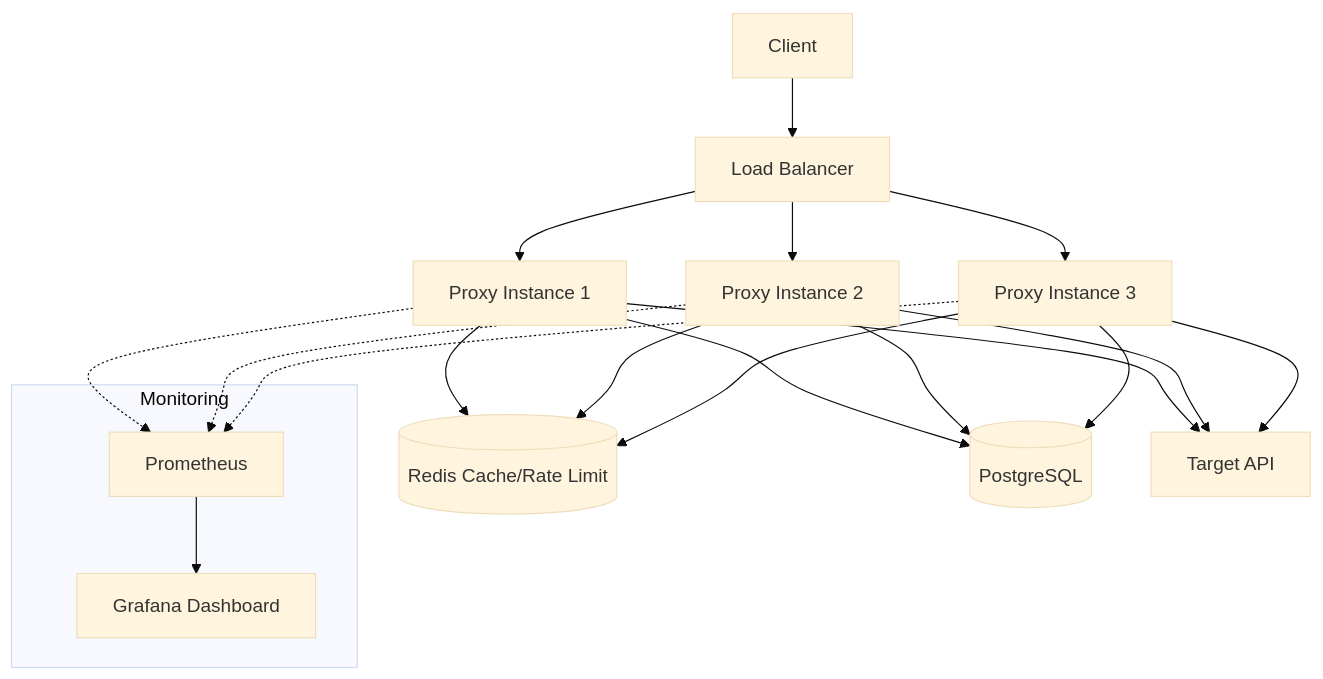
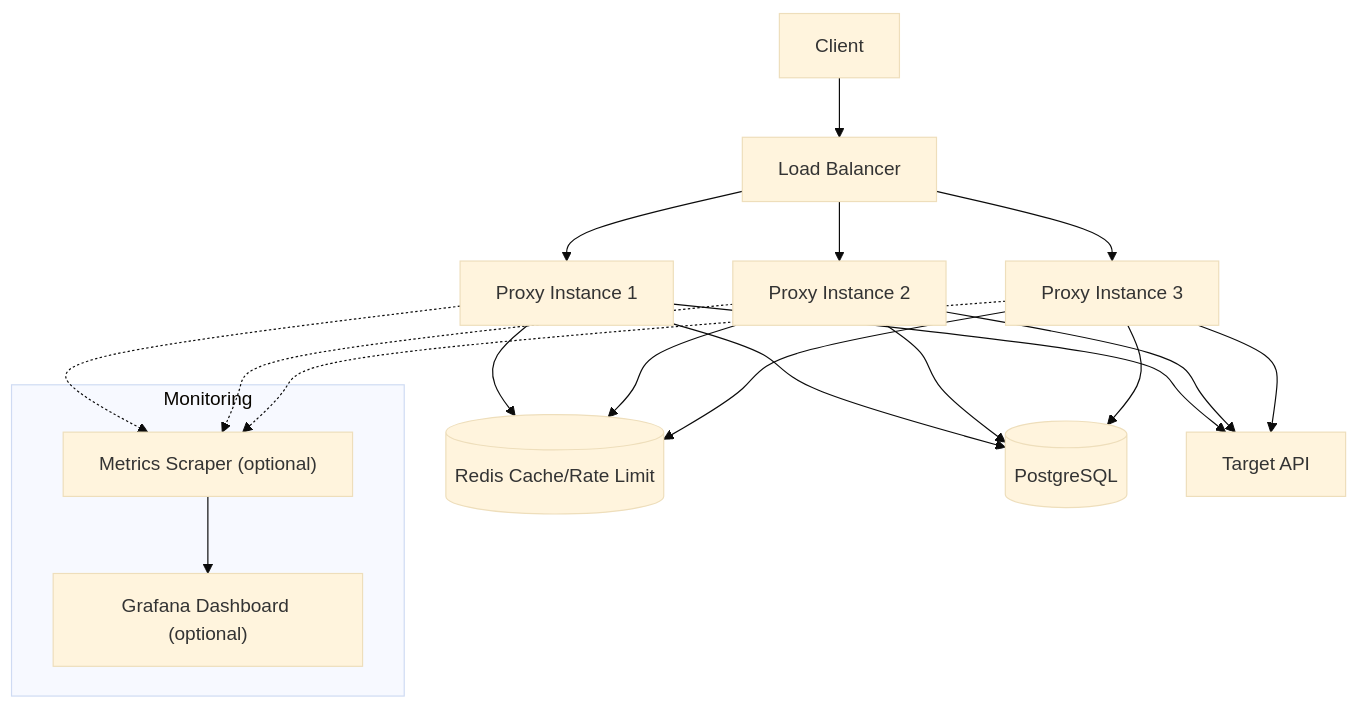
The ninth of 10 diagrams in docs/architecture.md (sofatutor/llm-proxy), drawn with Mermaid (base theme) before and after one commit. The commit also changed other lines of this file and 5 other files, not shown here.

Commit message:
[docs][config] Normalize metrics wording: provider-agnostic; Prometheus optional

````diff
--- a/docs/architecture.md
+++ b/docs/architecture.md
@@ -588,27 +588,27 @@
 ```mermaid
 flowchart TD
     Client["Client"] --> LoadBalancer["Load Balancer"]
     LoadBalancer --> Proxy1["Proxy Instance 1"]
     LoadBalancer --> Proxy2["Proxy Instance 2"]
     LoadBalancer --> Proxy3["Proxy Instance 3"]
     
     Proxy1 --> Redis[("Redis Cache/Rate Limit")]
     Proxy2 --> Redis
     Proxy3 --> Redis
     
     Proxy1 --> Postgres[("PostgreSQL")]
     Proxy2 --> Postgres
     Proxy3 --> Postgres
     
     Proxy1 --> API["Target API"]
     Proxy2 --> API
     Proxy3 --> API
     
     subgraph Monitoring
-        Prometheus["Prometheus"] --> Grafana["Grafana Dashboard"]
+        MetricsScraper["Metrics Scraper (optional)"] --> Grafana["Grafana Dashboard (optional)"]
     end
     
-    Proxy1 -.-> Prometheus
-    Proxy2 -.-> Prometheus
-    Proxy3 -.-> Prometheus
+    Proxy1 -.-> MetricsScraper
+    Proxy2 -.-> MetricsScraper
+    Proxy3 -.-> MetricsScraper
 ```
````
